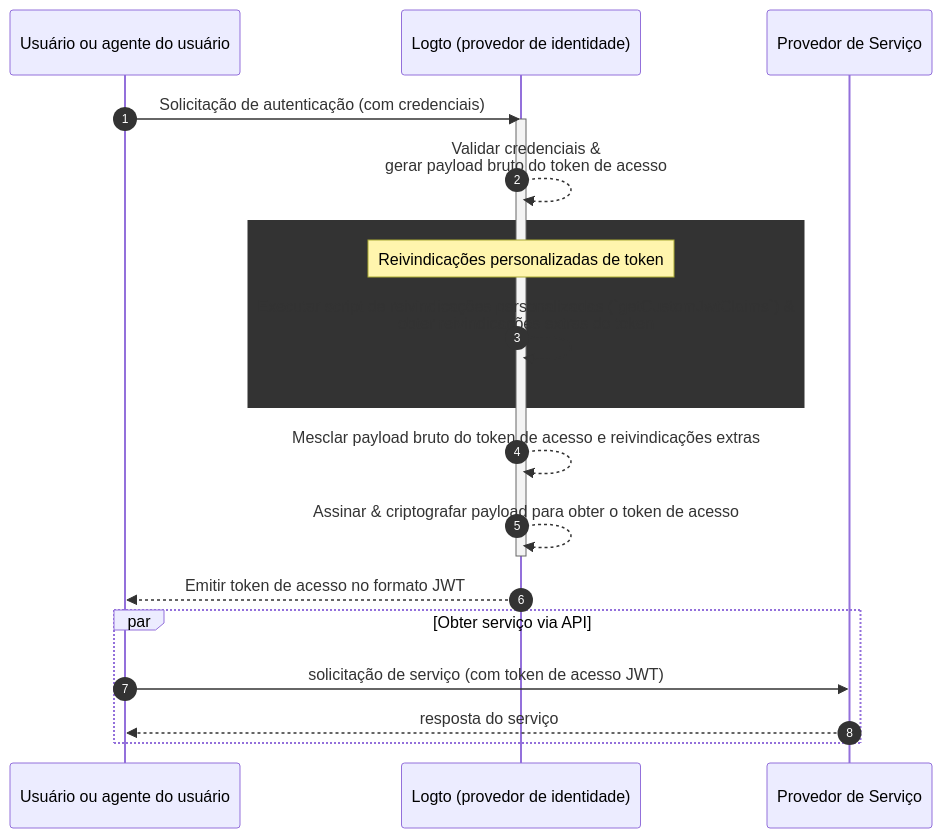
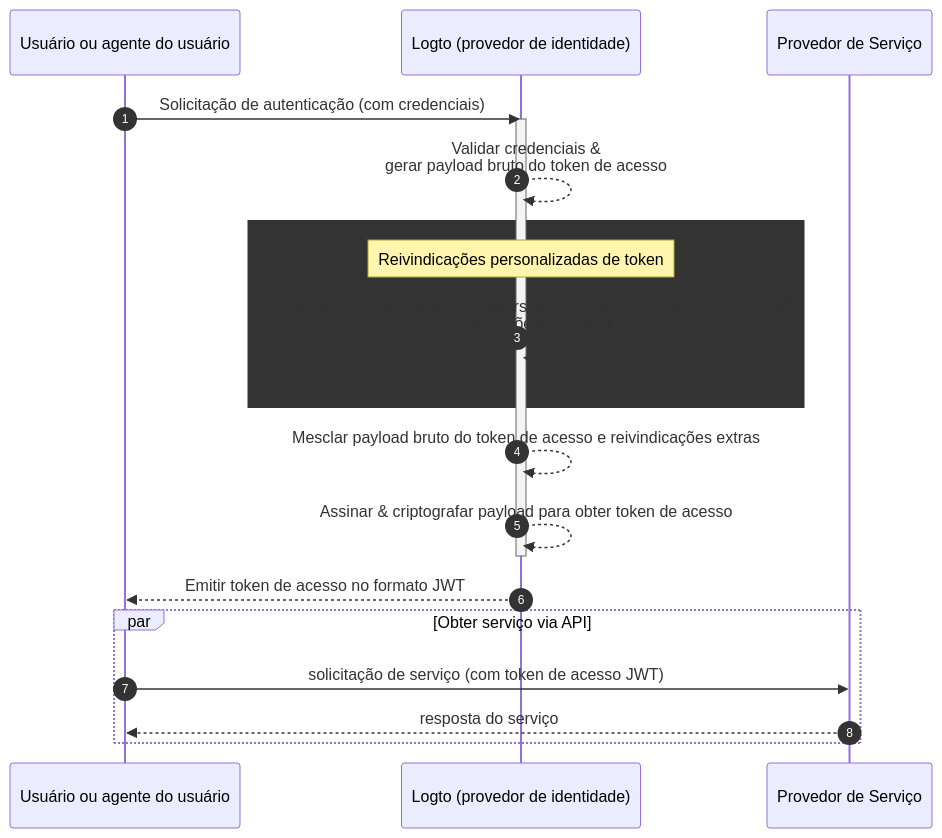
One commit to logto-io/docs changed the diagram in i18n/pt-BR/docusaurus-plugin-content-docs/current/developers/custom-token-claims/README.mdx. Above: the diagram before and after it, drawn with Mermaid. The commit also changed other lines of this file and 666 other files, not shown here.

````diff
--- a/i18n/pt-BR/docusaurus-plugin-content-docs/current/developers/custom-token-claims/README.mdx
+++ b/i18n/pt-BR/docusaurus-plugin-content-docs/current/developers/custom-token-claims/README.mdx
@@ -26,23 +26,23 @@
 ```mermaid
 sequenceDiagram
   participant U as Usuário ou agente do usuário
   participant IdP as Logto (provedor de identidade)
   participant SP as Provedor de Serviço
 
   autonumber
   U ->> IdP: Solicitação de autenticação (com credenciais)
   activate IdP
   IdP-->>IdP: Validar credenciais &<br/>gerar payload bruto do token de acesso
   rect var(--mermaid-rect-fill)
   note over IdP: Reivindicações personalizadas de token
   IdP->>IdP: Executar script de reivindicações personalizadas (`getCustomJwtClaims`) &<br/>obter reivindicações extras do token
   end
   IdP-->>IdP: Mesclar payload bruto do token de acesso e reivindicações extras
-  IdP-->>IdP: Assinar & criptografar payload para obter o token de acesso
+  IdP-->>IdP: Assinar & criptografar payload para obter token de acesso
   deactivate IdP
   IdP-->>U: Emitir token de acesso no formato JWT
   par Obter serviço via API
   U->>SP: solicitação de serviço (com token de acesso JWT)
   SP-->>U: resposta do serviço
   end
 ```
````
